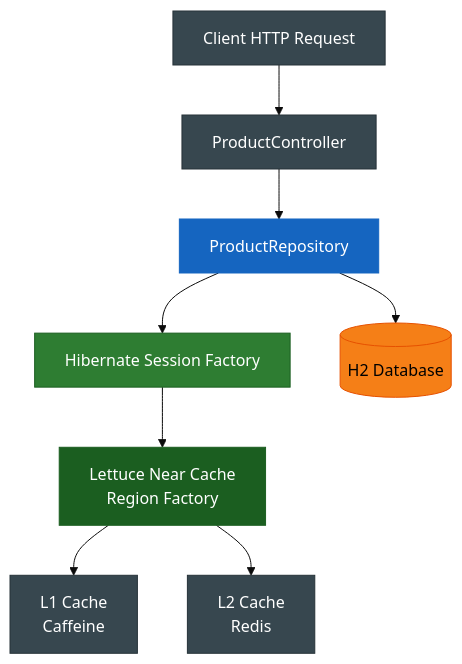
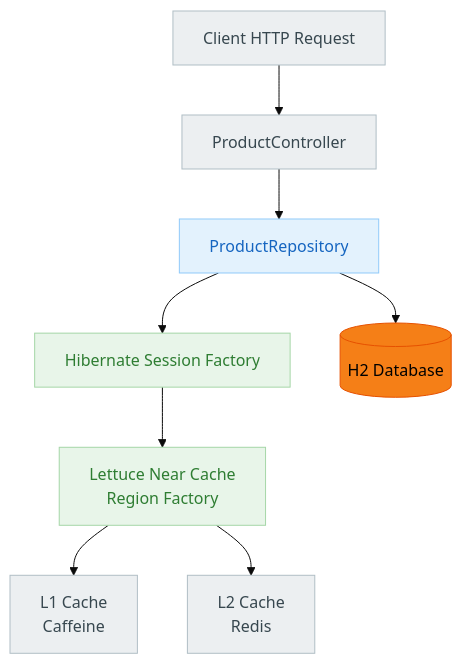
Before and after one commit to bluetape4k/bluetape4k-projects: the second of 2 diagrams in spring-boot3/hibernate-lettuce-demo/README.ko.md, drawn with Mermaid (base theme). The commit also changed other lines of this file and 219 other files, not shown here.

First line of the commit message:
docs: 전체 README Mermaid 다이어그램 가이드 적용

````diff
--- a/spring-boot3/hibernate-lettuce-demo/README.ko.md
+++ b/spring-boot3/hibernate-lettuce-demo/README.ko.md
@@ -86,31 +86,31 @@
 ```mermaid
 flowchart TD
     Client["Client HTTP Request"]
     Controller["ProductController"]
     Repo["ProductRepository"]
     Hibernate["Hibernate Session Factory"]
     RegionFactory["Lettuce Near Cache<br/>Region Factory"]
     L1["L1 Cache<br/>Caffeine"]
     L2["L2 Cache<br/>Redis"]
     DB[("H2 Database")]
 
     Client --> Controller --> Repo --> Hibernate --> RegionFactory
     RegionFactory --> L1
     RegionFactory --> L2
     Repo --> DB
 
-    classDef extStyle fill:#37474F,stroke:#263238,color:#FFFFFF
-    classDef serviceStyle fill:#1565C0,stroke:#1565C0,color:#FFFFFF
-    classDef coreStyle fill:#1B5E20,stroke:#1B5E20,color:#FFFFFF
-    classDef springStyle fill:#2E7D32,stroke:#1B5E20,color:#FFFFFF
+    classDef extStyle fill:#ECEFF1,stroke:#B0BEC5,color:#37474F
+    classDef serviceStyle fill:#E3F2FD,stroke:#90CAF9,color:#1565C0
+    classDef coreStyle fill:#E8F5E9,stroke:#A5D6A7,color:#2E7D32
+    classDef springStyle fill:#E8F5E9,stroke:#A5D6A7,color:#2E7D32
     classDef dataStyle fill:#F57F17,stroke:#E65100,color:#000000
 
     class Client extStyle
     class Controller extStyle
     class Repo serviceStyle
     class Hibernate springStyle
     class RegionFactory coreStyle
     class L1 extStyle
     class L2 extStyle
     class DB dataStyle
 ```
````
